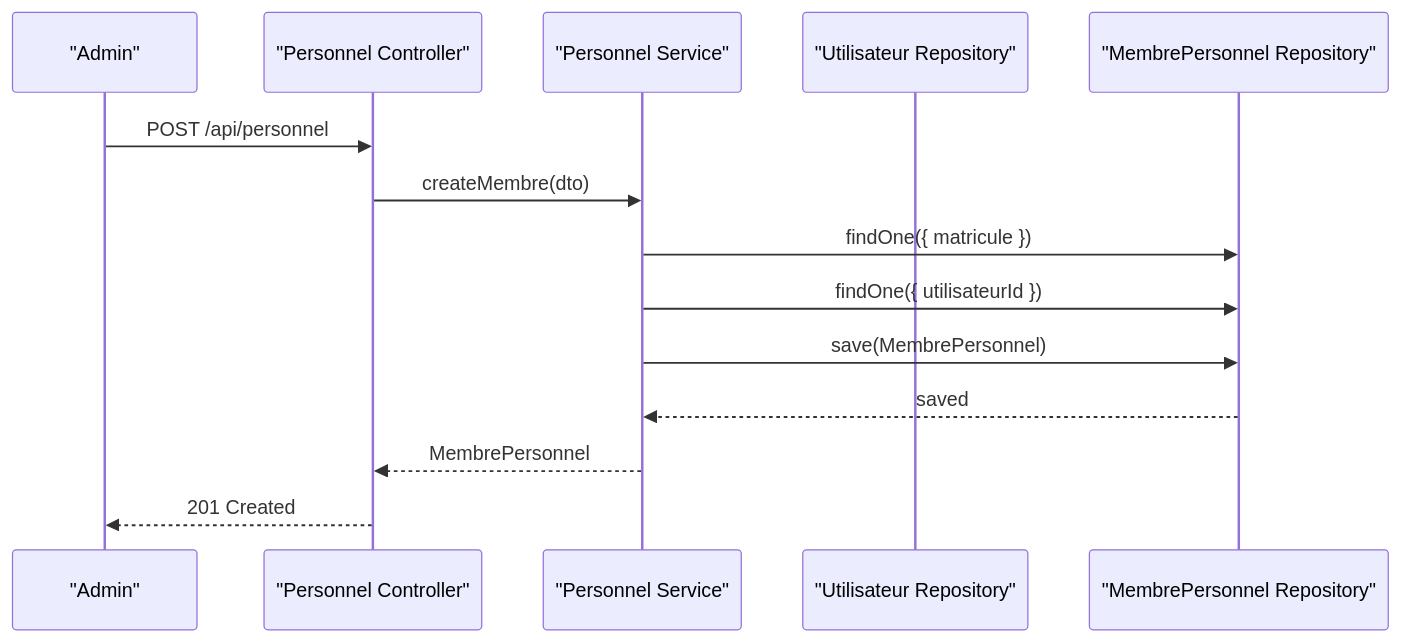
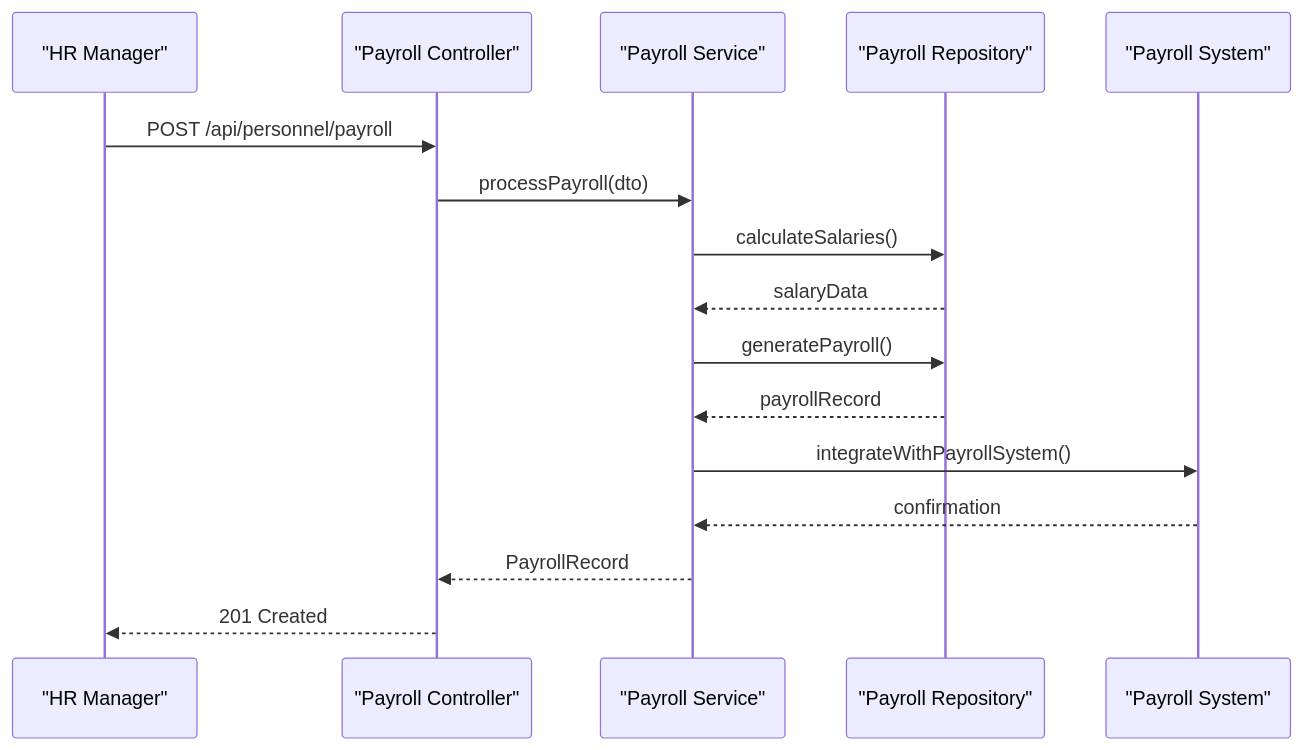
The fifth of 8 diagrams in .qoder/repowiki/en/content/Modules & Features/Administrative Modules/Personnel & Human Resources.md (franckylab/eLISAschool), drawn with Mermaid before and after one commit. The commit also changed other lines of this file and 236 other files, not shown here.

````diff
--- a/.qoder/repowiki/en/content/Modules & Features/Administrative Modules/Personnel & Human Resources.md
+++ b/.qoder/repowiki/en/content/Modules & Features/Administrative Modules/Personnel & Human Resources.md
@@ -297,16 +420,18 @@
 ```mermaid
 sequenceDiagram
-participant Admin as "Admin"
-participant PCtrl as "Personnel Controller"
-participant PSvc as "Personnel Service"
-participant URepo as "Utilisateur Repository"
-participant PRepo as "MembrePersonnel Repository"
-Admin->>PCtrl : POST /api/personnel
-PCtrl->>PSvc : createMembre(dto)
-PSvc->>PRepo : findOne({ matricule })
-PSvc->>PRepo : findOne({ utilisateurId })
-PSvc->>PRepo : save(MembrePersonnel)
-PRepo-->>PSvc : saved
-PSvc-->>PCtrl : MembrePersonnel
-PCtrl-->>Admin : 201 Created
+participant HR as "HR Manager"
+participant PPCtrl as "Payroll Controller"
+participant PPSvc as "Payroll Service"
+participant PRepo as "Payroll Repository"
+participant PayrollSys as "Payroll System"
+HR->>PPCtrl : POST /api/personnel/payroll
+PPCtrl->>PPSvc : processPayroll(dto)
+PPSvc->>PRepo : calculateSalaries()
+PRepo-->>PPSvc : salaryData
+PPSvc->>PRepo : generatePayroll()
+PRepo-->>PPSvc : payrollRecord
+PPSvc->>PayrollSys : integrateWithPayrollSystem()
+PayrollSys-->>PPSvc : confirmation
+PPSvc-->>PPCtrl : PayrollRecord
+PPCtrl-->>HR : 201 Created
 ```
````
